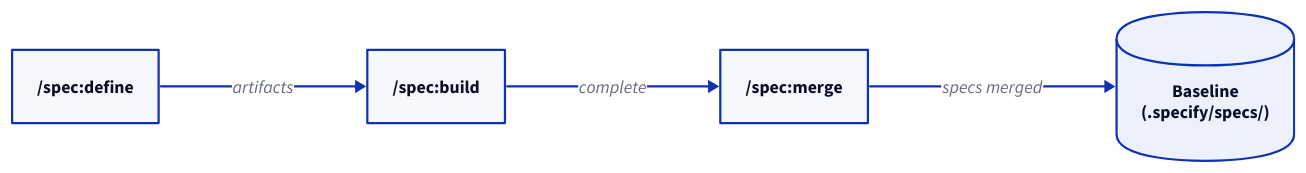
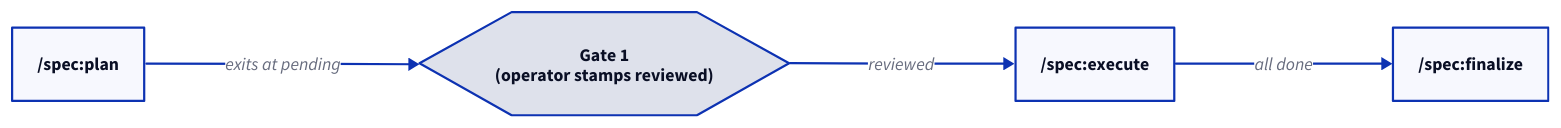
One commit to augentic/anvil changed the diagram in docs/orientation/index.md. Above: the diagram before and after it, drawn with D2. The commit also changed other lines of this file and 197 other files, not shown here.

````diff
--- a/docs/orientation/index.md
+++ b/docs/orientation/index.md
@@ -13,11 +14,11 @@
 ```d2
 direction: right
-define: "/spec:define" {shape: rectangle}
-build: "/spec:build" {shape: rectangle}
-merge: "/spec:merge" {shape: rectangle}
-baseline: "Baseline\n(.specify/specs/)" {shape: cylinder}
+plan: "/spec:plan" {shape: rectangle}
+gate: "Gate 1\n(operator stamps reviewed)" {shape: hexagon}
+execute: "/spec:execute" {shape: rectangle}
+finalize: "/spec:finalize" {shape: rectangle}
 
-define -> build: "artifacts"
-build -> merge: "complete"
-merge -> baseline: "specs merged"
+plan -> gate: "exits at pending"
+gate -> execute: "reviewed"
+execute -> finalize: "all done"
 ```
````
